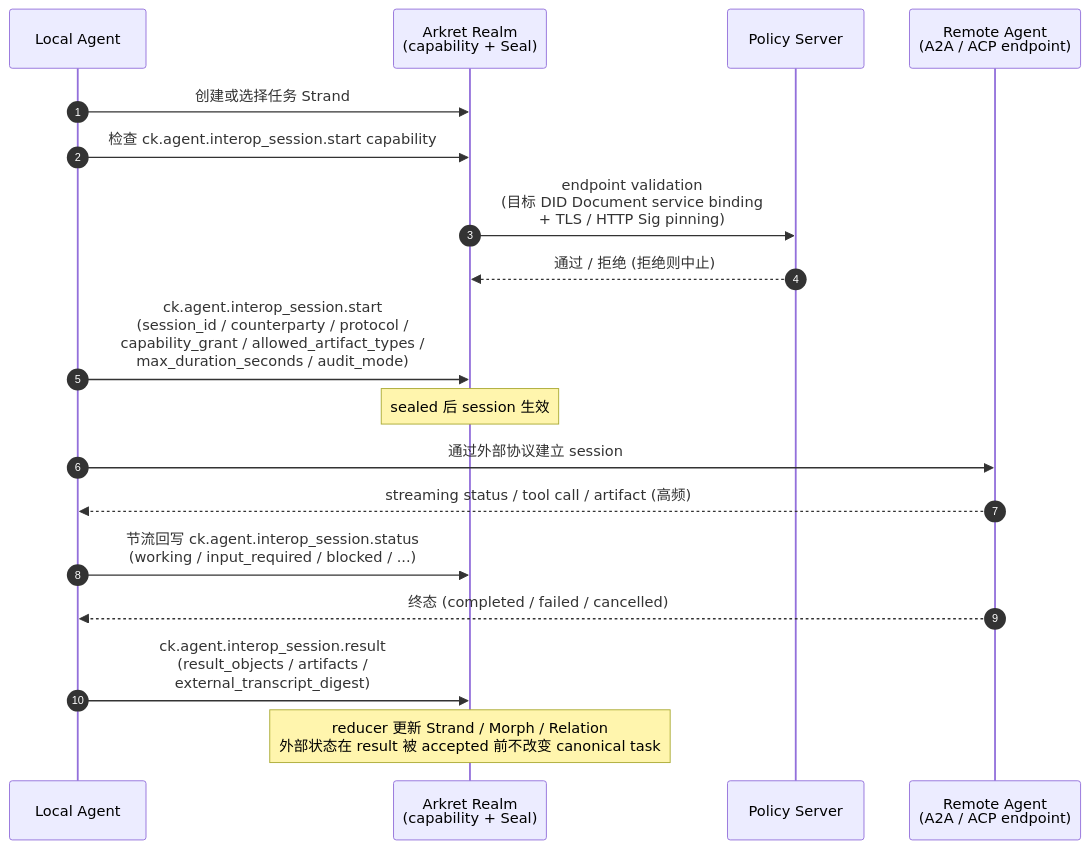
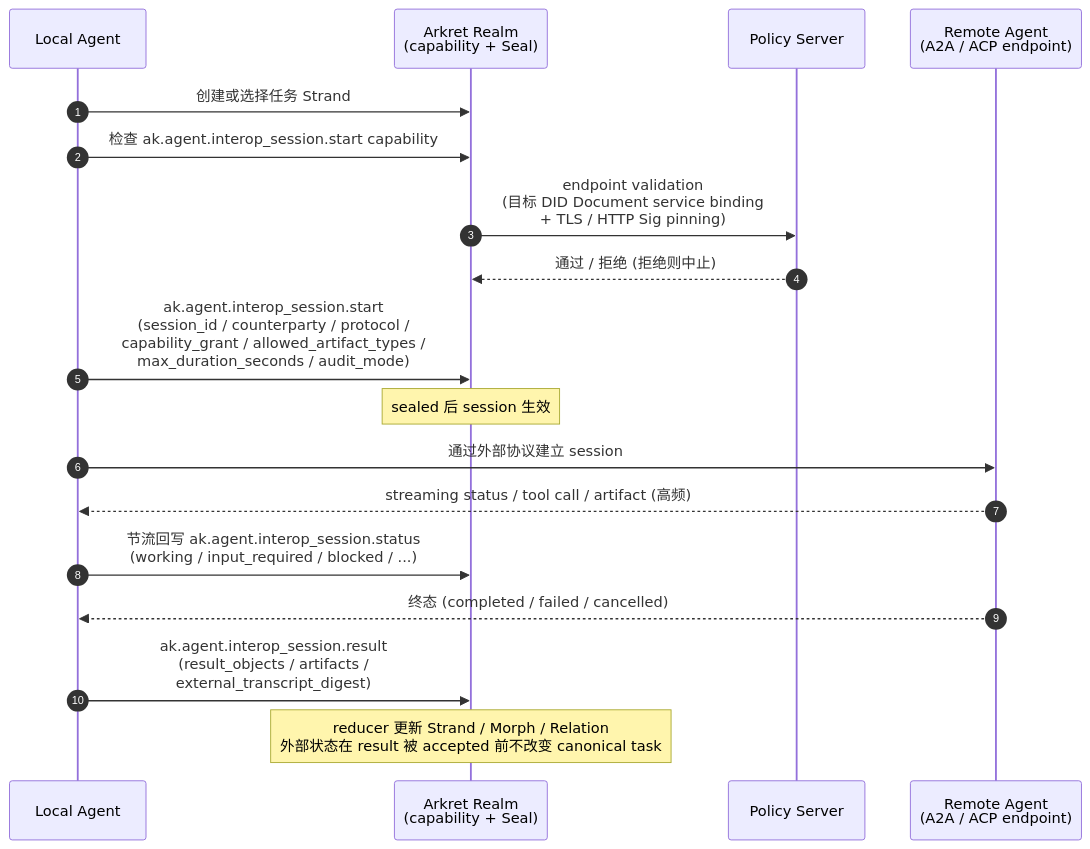
The diagram in spec/v1/zh/extensions/agent-protocol-interop.md (arkret-org/arkret-spec), drawn with Mermaid before and after one commit. The commit also changed other lines of this file and 255 other files, not shown here.

````diff
--- a/spec/v1/zh/extensions/agent-protocol-interop.md
+++ b/spec/v1/zh/extensions/agent-protocol-interop.md
@@ -293,23 +293,23 @@
 ```mermaid
 sequenceDiagram
     autonumber
     participant LocalAg as Local Agent
     participant Cx as Arkret Realm<br>(capability + Seal)
     participant Pol as Policy Server
     participant Remote as Remote Agent<br>(A2A / ACP endpoint)
 
     LocalAg->>Cx: 创建或选择任务 Strand
-    LocalAg->>Cx: 检查 ck.agent.interop_session.start capability
+    LocalAg->>Cx: 检查 ak.agent.interop_session.start capability
     Cx->>Pol: endpoint validation<br>(目标 DID Document service binding<br> + TLS / HTTP Sig pinning)
     Pol-->>Cx: 通过 / 拒绝 (拒绝则中止)
-    LocalAg->>Cx: ck.agent.interop_session.start<br>(session_id / counterparty / protocol /<br> capability_grant / allowed_artifact_types /<br> max_duration_seconds / audit_mode)
+    LocalAg->>Cx: ak.agent.interop_session.start<br>(session_id / counterparty / protocol /<br> capability_grant / allowed_artifact_types /<br> max_duration_seconds / audit_mode)
     note over Cx: sealed 后 session 生效
 
     LocalAg->>Remote: 通过外部协议建立 session
     Remote-->>LocalAg: streaming status / tool call / artifact (高频)
-    LocalAg->>Cx: 节流回写 ck.agent.interop_session.status<br>(working / input_required / blocked / ...)
+    LocalAg->>Cx: 节流回写 ak.agent.interop_session.status<br>(working / input_required / blocked / ...)
 
     Remote-->>LocalAg: 终态 (completed / failed / cancelled)
-    LocalAg->>Cx: ck.agent.interop_session.result<br>(result_objects / artifacts /<br> external_transcript_digest)
+    LocalAg->>Cx: ak.agent.interop_session.result<br>(result_objects / artifacts /<br> external_transcript_digest)
     note over Cx: reducer 更新 Strand / Morph / Relation<br>外部状态在 result 被 accepted 前不改变 canonical task
 ```
````
